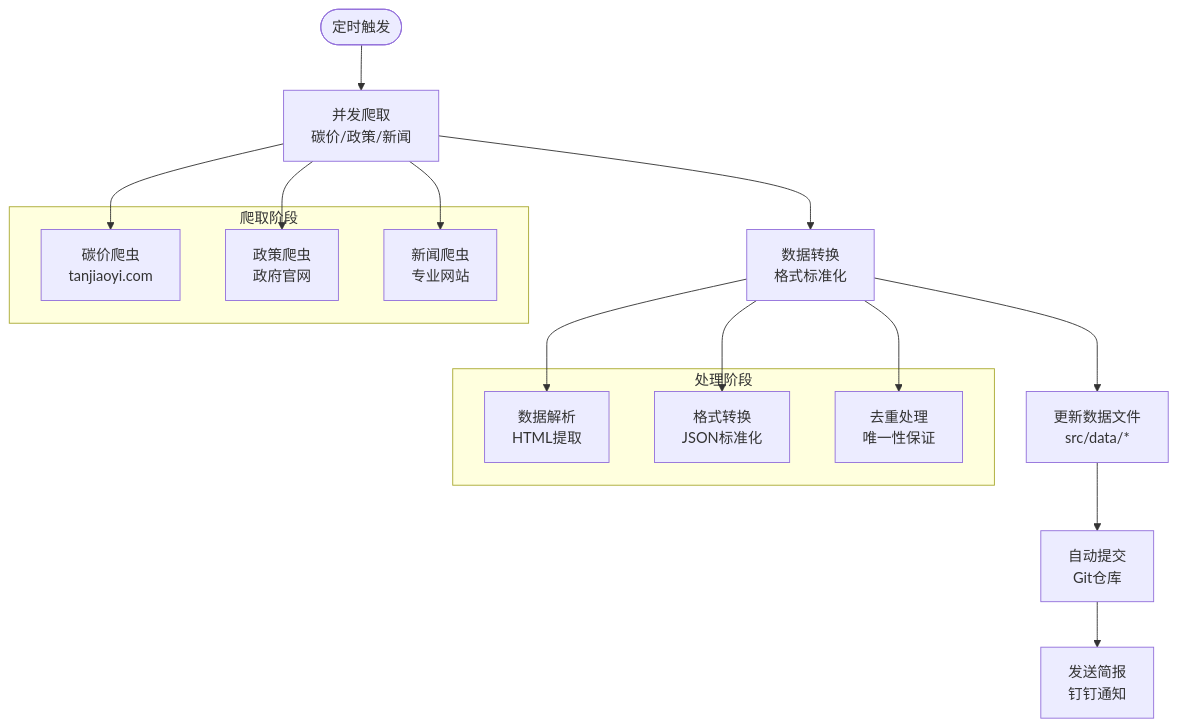
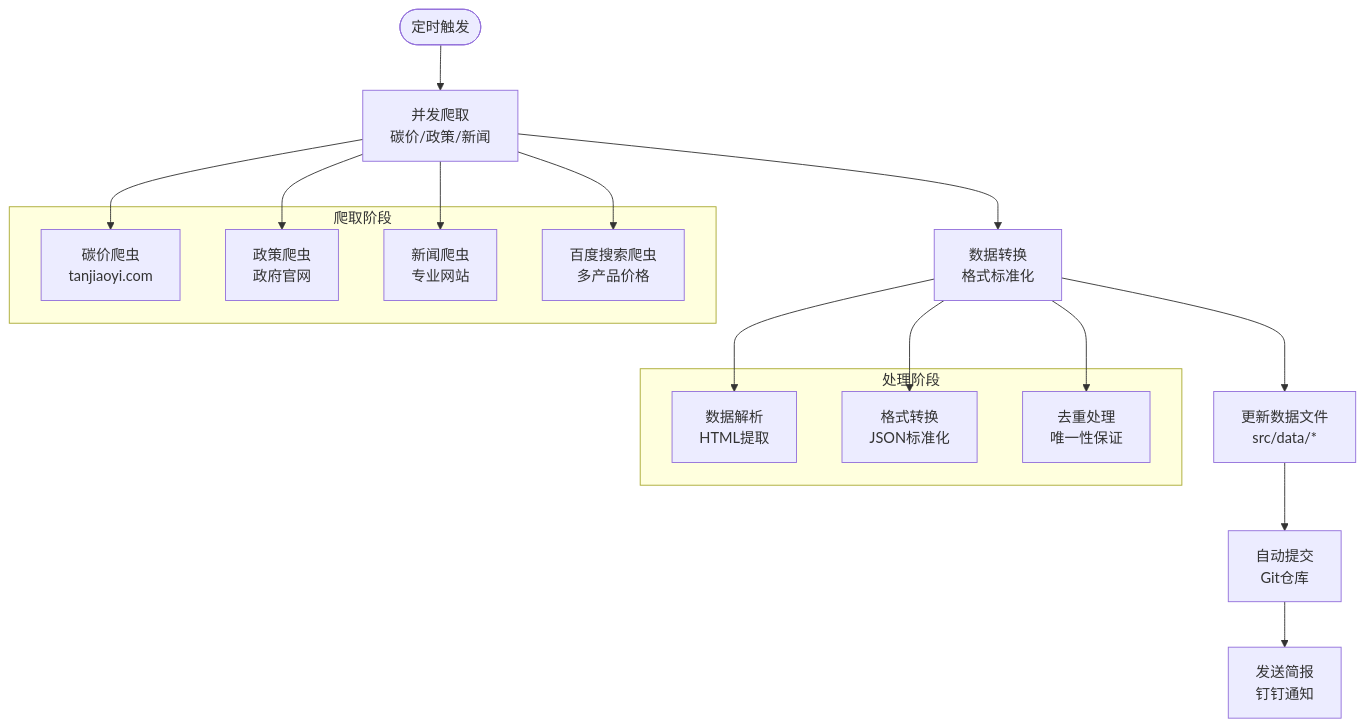
One commit to liangxuanliang-cmd/carbon-info-agent changed the third of 6 diagrams in .qoder/repowiki/zh/content/数据管理/数据管理.md. Above: the diagram before and after it, drawn with Mermaid. The commit also changed other lines of this file and 6 other files, not shown here.

````diff
--- a/.qoder/repowiki/zh/content/数据管理/数据管理.md
+++ b/.qoder/repowiki/zh/content/数据管理/数据管理.md
@@ -246,24 +285,26 @@
 ```mermaid
 flowchart TD
 Start(["定时触发"]) --> Crawl["并发爬取<br/>碳价/政策/新闻"]
 Crawl --> Transform["数据转换<br/>格式标准化"]
 Transform --> Update["更新数据文件<br/>src/data/*"]
 Update --> Commit["自动提交<br/>Git仓库"]
 Commit --> Notify["发送简报<br/>钉钉通知"]
 subgraph "爬取阶段"
 C1["碳价爬虫<br/>tanjiaoyi.com"]
 C2["政策爬虫<br/>政府官网"]
 C3["新闻爬虫<br/>专业网站"]
+C4["百度搜索爬虫<br/>多产品价格"]
 end
 subgraph "处理阶段"
 T1["数据解析<br/>HTML提取"]
 T2["格式转换<br/>JSON标准化"]
 T3["去重处理<br/>唯一性保证"]
 end
 Crawl --> C1
 Crawl --> C2
 Crawl --> C3
+Crawl --> C4
 Transform --> T1
 Transform --> T2
 Transform --> T3
 ```
````
